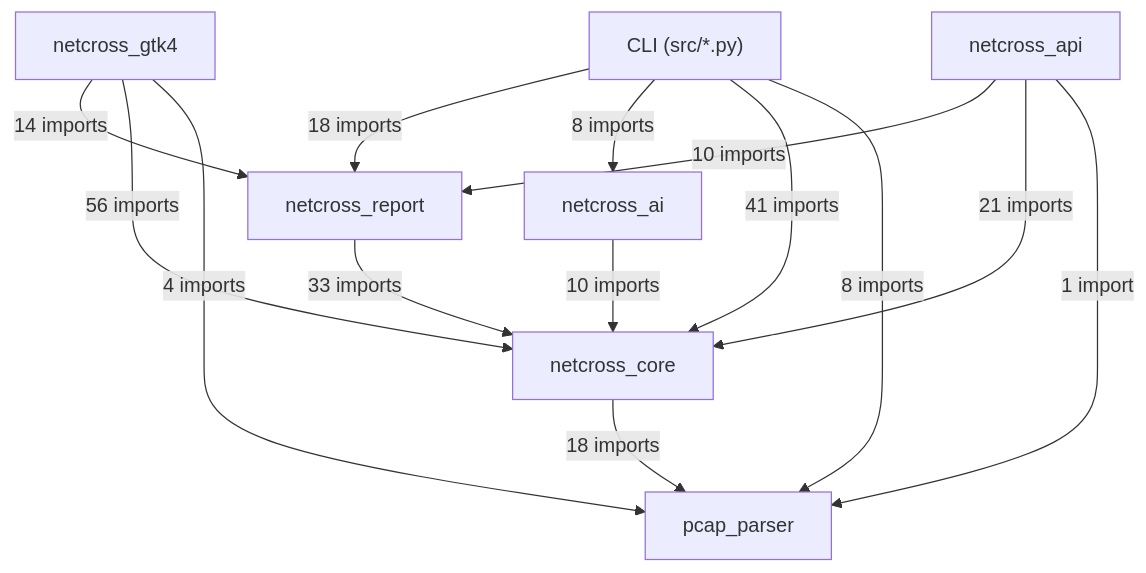
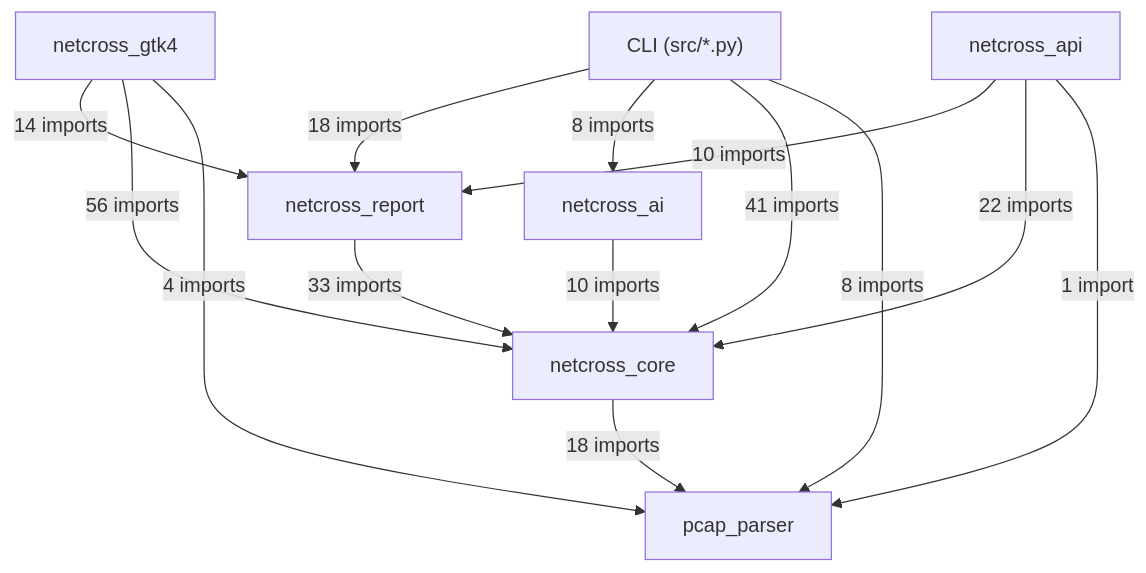
One commit to Mathide-Team/Netcross changed the first of 19 diagrams in docs/class-diagram.md. Above: the diagram before and after it, drawn with Mermaid. The commit also changed other lines of this file, not shown here.

Commit message:
docs: regenere le class-diagram (ApiAnalysisOptions + cleanupServiceWorker)

````diff
--- a/docs/class-diagram.md
+++ b/docs/class-diagram.md
@@ -26,23 +26,23 @@
 ```mermaid
 flowchart TD
     CLI["CLI (src/*.py)"]
     netcross_gtk4["netcross_gtk4"]
     netcross_api["netcross_api"]
     netcross_report["netcross_report"]
     netcross_ai["netcross_ai"]
     netcross_core["netcross_core"]
     pcap_parser["pcap_parser"]
     CLI -->|"18 imports"| netcross_report
     CLI -->|"8 imports"| netcross_ai
     CLI -->|"41 imports"| netcross_core
     CLI -->|"8 imports"| pcap_parser
     netcross_gtk4 -->|"14 imports"| netcross_report
     netcross_gtk4 -->|"56 imports"| netcross_core
     netcross_gtk4 -->|"4 imports"| pcap_parser
     netcross_api -->|"10 imports"| netcross_report
-    netcross_api -->|"21 imports"| netcross_core
+    netcross_api -->|"22 imports"| netcross_core
     netcross_api -->|"1 import"| pcap_parser
     netcross_report -->|"33 imports"| netcross_core
     netcross_ai -->|"10 imports"| netcross_core
     netcross_core -->|"18 imports"| pcap_parser
 ```
````
